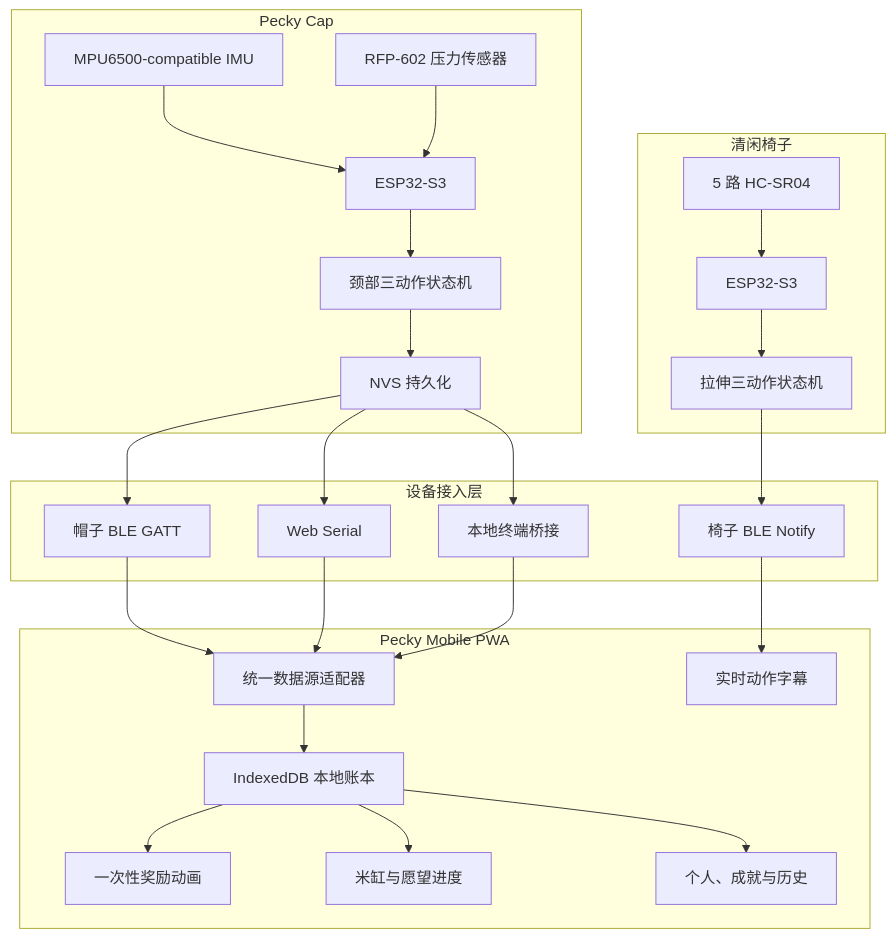
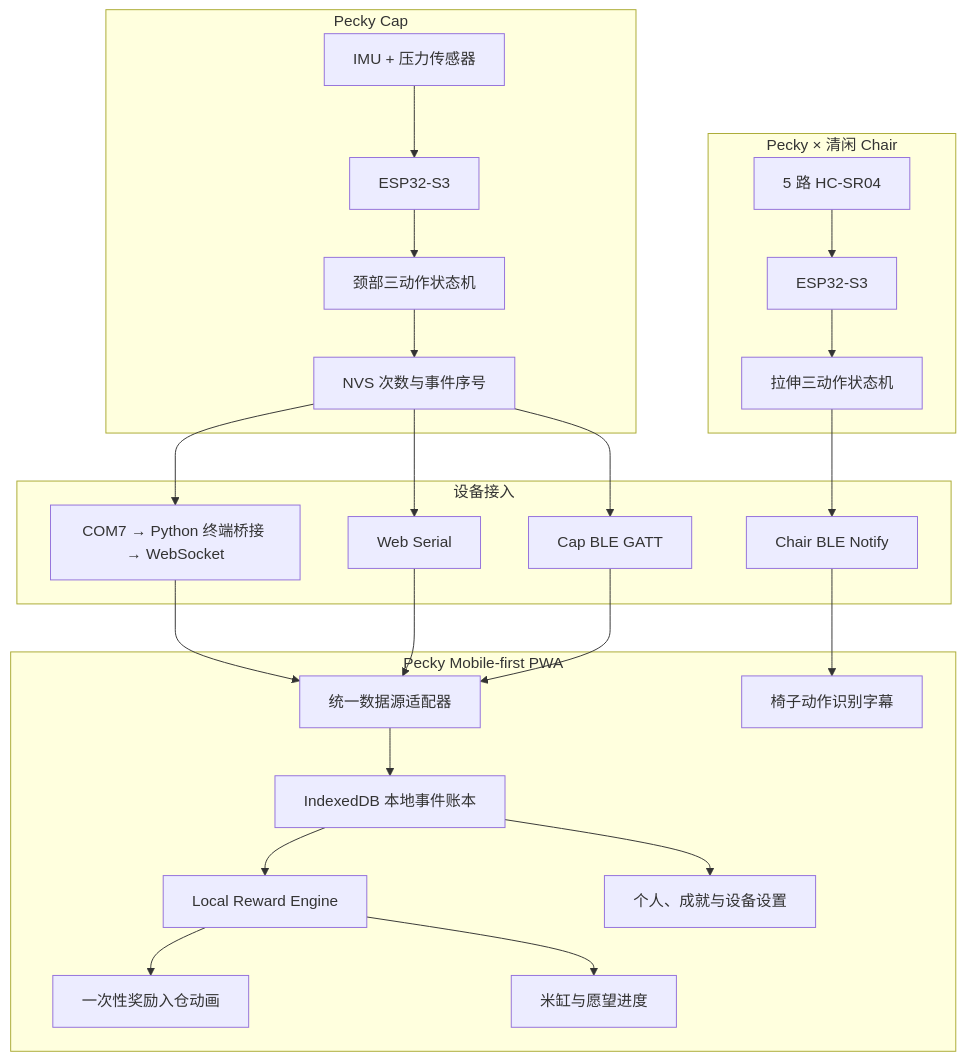
Before and after one commit to iboy425/pecky: the diagram in docs/pecky-project-submission-cn.md, drawn with Mermaid. The commit also changed other lines of this file, not shown here.

Commit message:
Align Pecky submission document with final proposal

````diff
--- a/docs/pecky-project-submission-cn.md
+++ b/docs/pecky-project-submission-cn.md
@@ -115,51 +83,44 @@
 ```mermaid
 flowchart TB
     subgraph Cap["Pecky Cap"]
-        IMU["MPU6500-compatible IMU"]
-        Pressure["RFP-602 压力传感器"]
-        CapESP["ESP32-S3"]
-        CapFSM["颈部三动作状态机"]
-        NVS["NVS 持久化"]
-        IMU --> CapESP
-        Pressure --> CapESP
-        CapESP --> CapFSM
-        CapFSM --> NVS
+        CapSensors["IMU + 压力传感器"] --> CapESP["ESP32-S3"]
+        CapESP --> CapFSM["颈部三动作状态机"]
+        CapFSM --> CapNVS["NVS 次数与事件序号"]
     end
 
-    subgraph Chair["清闲椅子"]
-        Ranges["5 路 HC-SR04"]
-        ChairESP["ESP32-S3"]
-        ChairFSM["拉伸三动作状态机"]
-        Ranges --> ChairESP
-        ChairESP --> ChairFSM
+    subgraph Chair["Pecky × 清闲 Chair"]
+        ChairSensors["5 路 HC-SR04"] --> ChairESP["ESP32-S3"]
+        ChairESP --> ChairFSM["拉伸三动作状态机"]
     end
 
-    subgraph Transport["设备接入层"]
-        CapBLE["帽子 BLE GATT"]
+    subgraph Transport["设备接入"]
+        Bridge["COM7 → Python 终端桥接 → WebSocket"]
         Serial["Web Serial"]
-        Bridge["本地终端桥接"]
-        ChairBLE["椅子 BLE Notify"]
+        CapBLE["Cap BLE GATT"]
+        ChairBLE["Chair BLE Notify"]
     end
 
-    subgraph App["Pecky Mobile PWA"]
+    subgraph PWA["Pecky Mobile-first PWA"]
         Adapter["统一数据源适配器"]
-        Ledger["IndexedDB 本地账本"]
-        Caption["实时动作字幕"]
-        Opening["一次性奖励动画"]
+        Ledger["IndexedDB 本地事件账本"]
+        Reward["Local Reward Engine"]
+        Opening["一次性奖励入仓动画"]
         Jar["米缸与愿望进度"]
-        Me["个人、成就与历史"]
-        Adapter --> Ledger
-        Ledger --> Opening
-        Ledger --> Jar
-        Ledger --> Me
+        Caption["椅子动作识别字幕"]
+        Me["个人、成就与设备设置"]
     end
 
-    NVS --> CapBLE
-    NVS --> Serial
-    NVS --> Bridge
+    CapNVS --> Bridge
+    CapNVS --> Serial
+    CapNVS --> CapBLE
     ChairFSM --> ChairBLE
+    Bridge --> Adapter
+    Serial --> Adapter
     CapBLE --> Adapter
-    Serial --> Adapter
-    Bridge --> Adapter
+    Adapter --> Ledger
+    Ledger --> Reward
+    Reward --> Opening
+    Reward --> Jar
+    Ledger --> Me
     ChairBLE --> Caption
 ```
````
